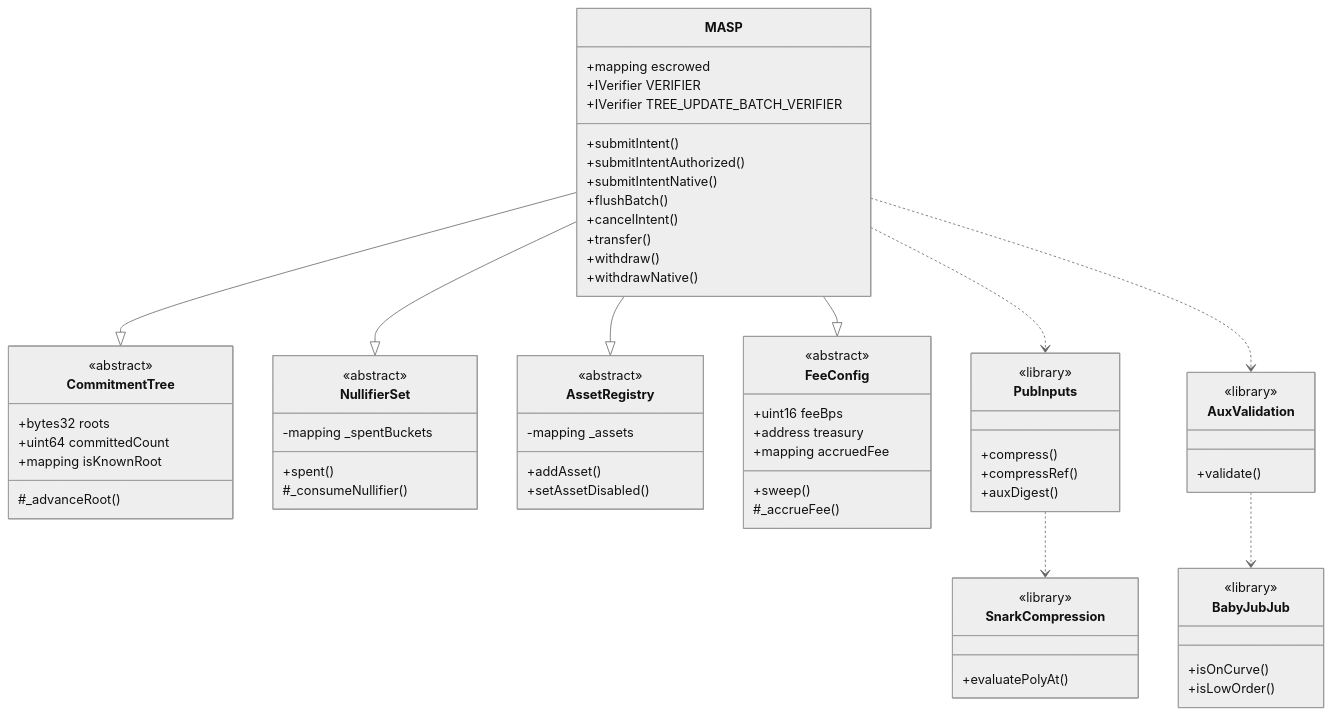
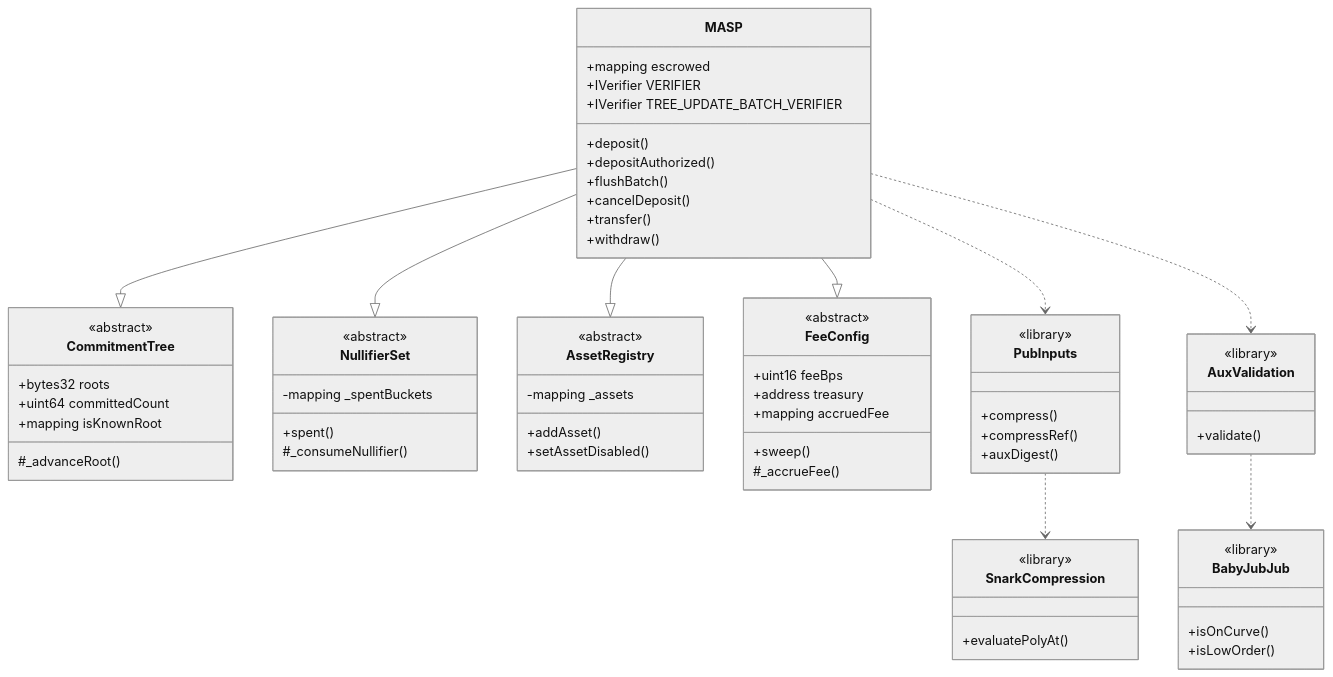
One commit to lelantos-org/contracts changed the second of 10 diagrams in src/README.md. Above: the diagram before and after it, drawn with Mermaid (neutral theme). The commit also changed other lines of this file and 93 other files, not shown here.

````diff
--- a/src/README.md
+++ b/src/README.md
@@ -72,71 +73,69 @@
 ```mermaid
 classDiagram
   class MASP {
     +mapping escrowed
     +IVerifier VERIFIER
     +IVerifier TREE_UPDATE_BATCH_VERIFIER
-    +submitIntent()
-    +submitIntentAuthorized()
-    +submitIntentNative()
+    +deposit()
+    +depositAuthorized()
     +flushBatch()
-    +cancelIntent()
+    +cancelDeposit()
     +transfer()
     +withdraw()
-    +withdrawNative()
   }
   class CommitmentTree {
     <<abstract>>
     +bytes32 roots
     +uint64 committedCount
     +mapping isKnownRoot
     #_advanceRoot()
   }
   class NullifierSet {
     <<abstract>>
     -mapping _spentBuckets
     +spent()
     #_consumeNullifier()
   }
   class AssetRegistry {
     <<abstract>>
     -mapping _assets
     +addAsset()
     +setAssetDisabled()
   }
   class FeeConfig {
     <<abstract>>
     +uint16 feeBps
     +address treasury
     +mapping accruedFee
     +sweep()
     #_accrueFee()
   }
   class PubInputs {
     <<library>>
     +compress()
     +compressRef()
     +auxDigest()
   }
   class AuxValidation {
     <<library>>
     +validate()
   }
   class SnarkCompression {
     <<library>>
     +evaluatePolyAt()
   }
   class BabyJubJub {
     <<library>>
     +isOnCurve()
     +isLowOrder()
   }
 
   MASP --|> CommitmentTree
   MASP --|> NullifierSet
   MASP --|> AssetRegistry
   MASP --|> FeeConfig
   MASP ..> PubInputs
   MASP ..> AuxValidation
   PubInputs ..> SnarkCompression
   AuxValidation ..> BabyJubJub
 ```
````
